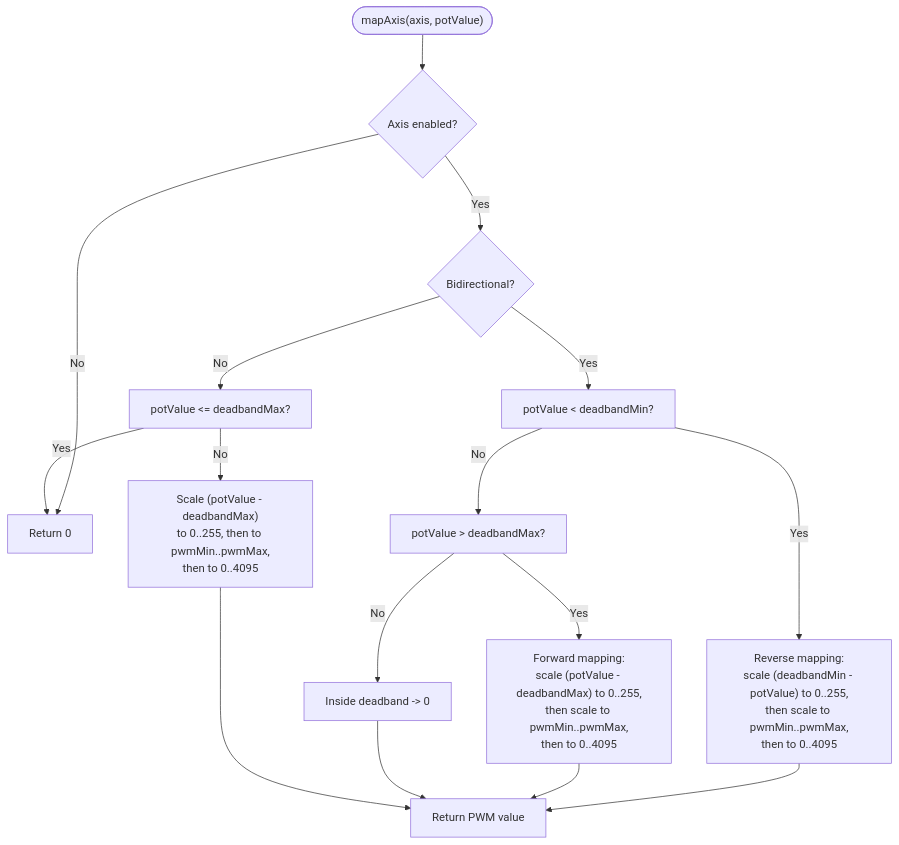
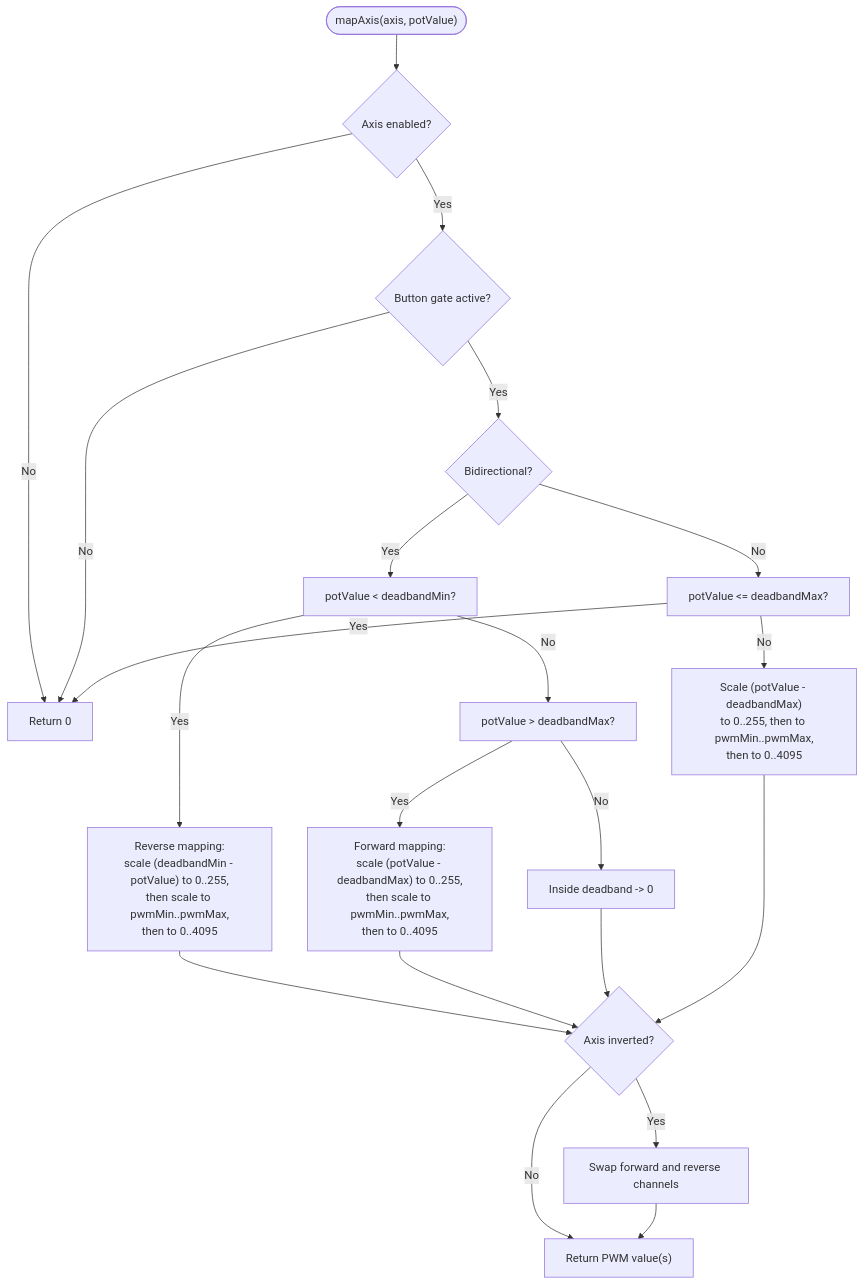
One commit to gunicsba/ESP_CAN_ECU_joystick_collection changed the fourth of 11 diagrams in .qoder/repowiki/en/content/ECU Implementations/Motor Driver ECU/Motor Driver ECU.md. Above: the diagram before and after it, drawn with Mermaid. The commit also changed other lines of this file and 10 other files, not shown here.

````diff
--- a/.qoder/repowiki/en/content/ECU Implementations/Motor Driver ECU/Motor Driver ECU.md
+++ b/.qoder/repowiki/en/content/ECU Implementations/Motor Driver ECU/Motor Driver ECU.md
@@ -152,18 +164,23 @@
 ```mermaid
 flowchart TD
 Start(["mapAxis(axis, potValue)"]) --> CheckEnabled{"Axis enabled?"}
 CheckEnabled --> |No| OutZero["Return 0"]
-CheckEnabled --> |Yes| IsBi{"Bidirectional?"}
+CheckEnabled --> |Yes| CheckGate{"Button gate active?"}
+CheckGate --> |No| OutZero
+CheckGate --> |Yes| IsBi{"Bidirectional?"}
 IsBi --> |Yes| TestNeg["potValue < deadbandMin?"]
 TestNeg --> |Yes| NegMap["Reverse mapping:<br/>scale (deadbandMin - potValue) to 0..255,<br/>then scale to pwmMin..pwmMax,<br/>then to 0..4095"]
 TestNeg --> |No| TestPos["potValue > deadbandMax?"]
 TestPos --> |Yes| PosMap["Forward mapping:<br/>scale (potValue - deadbandMax) to 0..255,<br/>then scale to pwmMin..pwmMax,<br/>then to 0..4095"]
 TestPos --> |No| Deadband["Inside deadband -> 0"]
 IsBi --> |No| TestNorm["potValue <= deadbandMax?"]
 TestNorm --> |Yes| OutZero
 TestNorm --> |No| NormMap["Scale (potValue - deadbandMax)<br/>to 0..255, then to pwmMin..pwmMax,<br/>then to 0..4095"]
-NegMap --> Out["Return PWM value"]
-PosMap --> Out
-Deadband --> Out
-NormMap --> Out
+NegMap --> CheckInvert{"Axis inverted?"}
+PosMap --> CheckInvert
+Deadband --> CheckInvert
+NormMap --> CheckInvert
+CheckInvert --> |Yes| Swap["Swap forward and reverse channels"]
+CheckInvert --> |No| Out["Return PWM value(s)"]
+Swap --> Out
 ```
````
